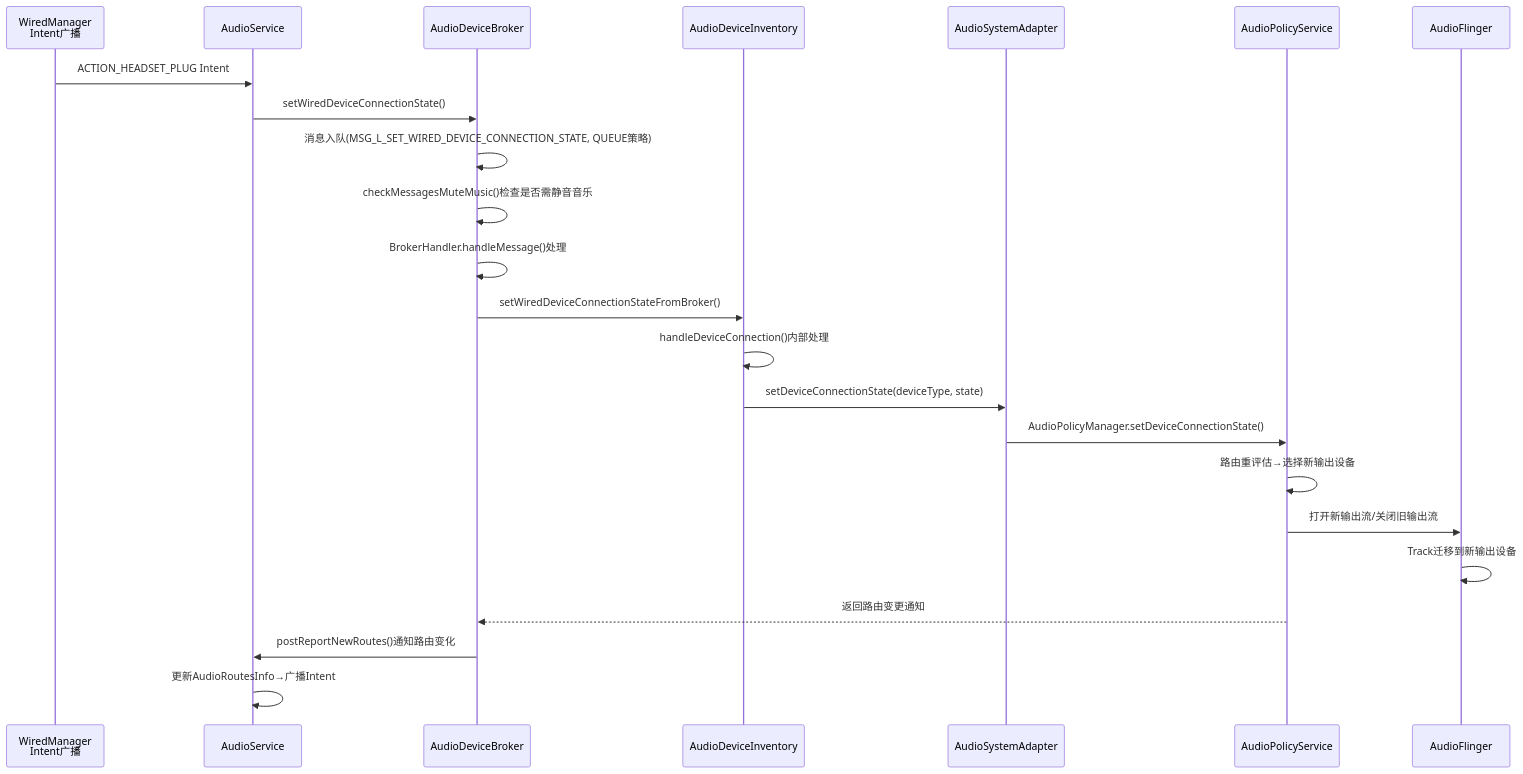
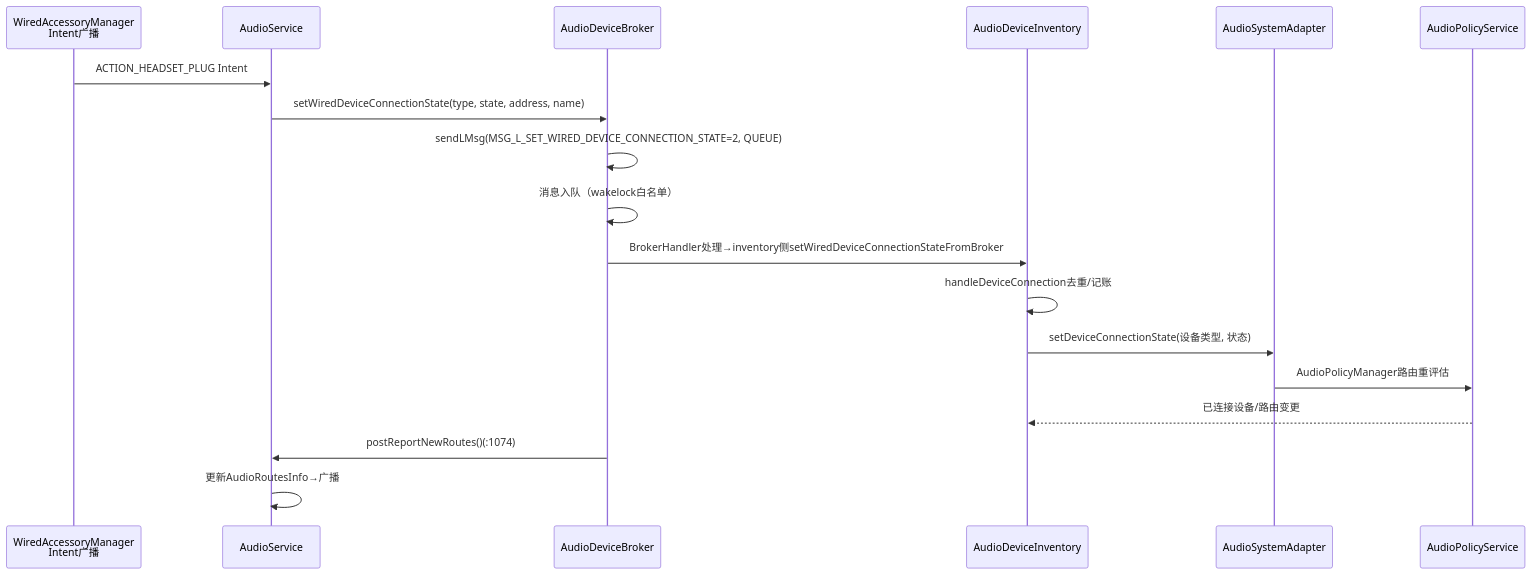
The second of 3 diagrams in 03_Java_Framework_Layer/03_3.5_AudioDeviceBroker-设备热插拔管理.md (yanglinzhen1022/SA8295_AAOS_QNX_Audio_KnowledgeBase), drawn with Mermaid before and after one commit. The commit also changed other lines of this file and 6 other files, not shown here.

````diff
--- a/03_Java_Framework_Layer/03_3.5_AudioDeviceBroker-设备热插拔管理.md
+++ b/03_Java_Framework_Layer/03_3.5_AudioDeviceBroker-设备热插拔管理.md
@@ -266,26 +115,21 @@
 ```mermaid
 sequenceDiagram
-    participant WM as WiredManager<br/>Intent广播
+    participant WM as WiredAccessoryManager<br/>Intent广播
     participant AS as AudioService
     participant ADB as AudioDeviceBroker
     participant DI as AudioDeviceInventory
     participant ASA as AudioSystemAdapter
     participant APS as AudioPolicyService
-    participant AF as AudioFlinger
 
     WM->>AS: ACTION_HEADSET_PLUG Intent
-    AS->>ADB: setWiredDeviceConnectionState()
-    ADB->>ADB: 消息入队(MSG_L_SET_WIRED_DEVICE_CONNECTION_STATE, QUEUE策略)
-    ADB->>ADB: checkMessagesMuteMusic()检查是否需静音音乐
-    ADB->>ADB: BrokerHandler.handleMessage()处理
-    ADB->>DI: setWiredDeviceConnectionStateFromBroker()
-    DI->>DI: handleDeviceConnection()内部处理
-    DI->>ASA: setDeviceConnectionState(deviceType, state)
-    ASA->>APS: AudioPolicyManager.setDeviceConnectionState()
-    APS->>APS: 路由重评估→选择新输出设备
-    APS->>AF: 打开新输出流/关闭旧输出流
-    AF->>AF: Track迁移到新输出设备
-    APS-->>ADB: 返回路由变更通知
-    ADB->>AS: postReportNewRoutes()通知路由变化
-    AS->>AS: 更新AudioRoutesInfo→广播Intent
+    AS->>ADB: setWiredDeviceConnectionState(type, state, address, name)
+    ADB->>ADB: sendLMsg(MSG_L_SET_WIRED_DEVICE_CONNECTION_STATE=2, QUEUE)
+    ADB->>ADB: 消息入队（wakelock白名单）
+    ADB->>DI: BrokerHandler处理→inventory侧setWiredDeviceConnectionStateFromBroker
+    DI->>DI: handleDeviceConnection去重/记账
+    DI->>ASA: setDeviceConnectionState(设备类型, 状态)
+    ASA->>APS: AudioPolicyManager路由重评估
+    APS-->>DI: 已连接设备/路由变更
+    ADB->>AS: postReportNewRoutes()(:1074)
+    AS->>AS: 更新AudioRoutesInfo→广播
 ```
````
